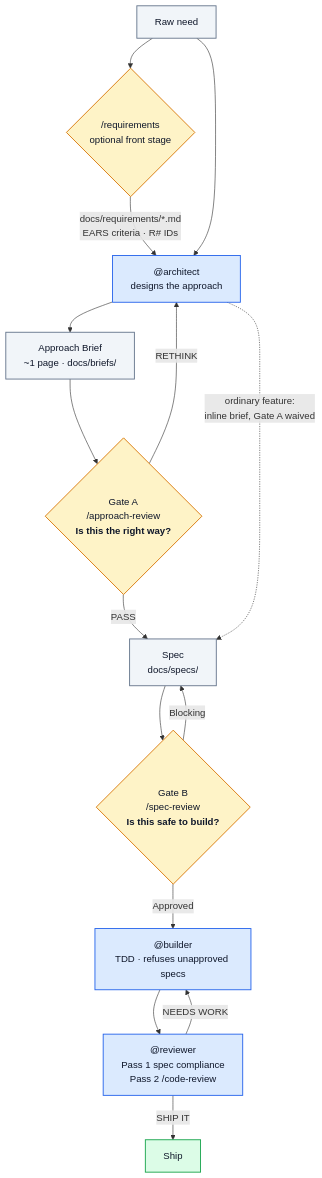
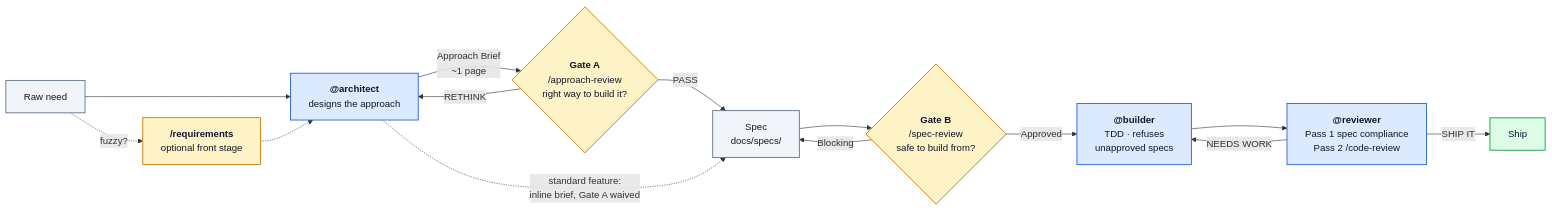
The diagram in README.md (AmirAnckonina/aa-agentic-workflow), drawn with Mermaid before and after one commit. The commit also changed 2 other files, not shown here.

Commit message:
Redraw docs diagrams left-to-right; fix stale label and awkward line breaks
The README pipeline flowchart rendered 522x1940 (ratio 3.7:1) — a narrow
tower with dead space; the WORKFLOW routing ladder was similar. Both are
now flowchart LR bands (2500x340 and 1600x370), and the DESIGN
owned/rented map follows (2140x300), so each diagram reads in one
screen-width pass. Verified rendered in a local mermaid page.

Text fixes: the README fast-path edge still said "ordinary feature"
(pre-0.8.0 vocabulary) — now "standard feature"; the Architect routing
node's mid-phrase breaks ("diagnoses entry + rigor,/designs, splits into
units if needed") re-broken on phrase boundaries; brief moved to an edge
label and the /requirements node trimmed to keep the LR band compact.

````diff
--- a/README.md
+++ b/README.md
@@ -34,31 +34,30 @@
 ```mermaid
-flowchart TD
-    N["Raw need"] --> R{"/requirements<br/>optional front stage"}
-    R -->|"docs/requirements/*.md<br/>EARS criteria · R# IDs"| AR
-    N --> AR["@architect<br/>designs the approach"]
+flowchart LR
+    N["Raw need"] --> AR["<b>@architect</b><br/>designs the approach"]
+    N -.->|fuzzy?| R["<b>/requirements</b><br/>optional front stage"]
+    R -.-> AR
 
-    AR --> BR["Approach Brief<br/>~1 page · docs/briefs/"]
-    BR --> GA{"Gate A<br/>/approach-review<br/><b>Is this the right way?</b>"}
+    AR -->|"Approach Brief<br/>~1 page"| GA{"<b>Gate A</b><br/>/approach-review<br/>right way to build it?"}
     GA -->|RETHINK| AR
 
     GA -->|PASS| SP["Spec<br/>docs/specs/"]
-    AR -.->|"ordinary feature:<br/>inline brief, Gate A waived"| SP
+    AR -.->|"standard feature:<br/>inline brief, Gate A waived"| SP
 
-    SP --> GB{"Gate B<br/>/spec-review<br/><b>Is this safe to build?</b>"}
+    SP --> GB{"<b>Gate B</b><br/>/spec-review<br/>safe to build from?"}
     GB -->|Blocking| SP
 
-    GB -->|Approved| BD["@builder<br/>TDD · refuses unapproved specs"]
-    BD --> RV["@reviewer<br/>Pass 1 spec compliance<br/>Pass 2 /code-review"]
+    GB -->|Approved| BD["<b>@builder</b><br/>TDD · refuses<br/>unapproved specs"]
+    BD --> RV["<b>@reviewer</b><br/>Pass 1 spec compliance<br/>Pass 2 /code-review"]
     RV -->|NEEDS WORK| BD
     RV -->|SHIP IT| SH["Ship"]
 
     classDef agent fill:#dbeafe,stroke:#2563eb,stroke-width:1.5px,color:#0f172a
     classDef gate fill:#fef3c7,stroke:#d97706,stroke-width:1.5px,color:#0f172a
     classDef art fill:#f1f5f9,stroke:#64748b,stroke-width:1.5px,color:#0f172a
     classDef done fill:#dcfce7,stroke:#16a34a,stroke-width:1.5px,color:#0f172a
 
     class AR,BD,RV agent
     class GA,GB,R gate
-    class BR,SP,N art
+    class SP,N art
     class SH done
 ```
````
